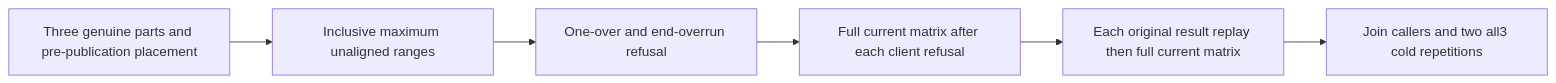
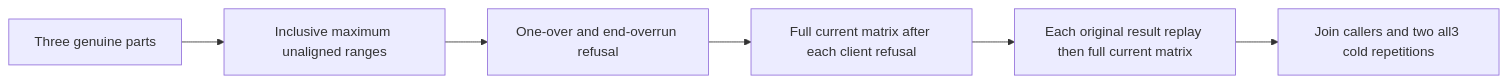
One commit to managedcode/KeyLoad changed the diagram in docs/Features/BlobStorage/MaximumUnalignedRange.md. Above: the diagram before and after it, drawn with Mermaid. The commit also changed other lines of this file and 7356 other files, not shown here.

````diff
--- a/docs/Features/BlobStorage/MaximumUnalignedRange.md
+++ b/docs/Features/BlobStorage/MaximumUnalignedRange.md
@@ -11,8 +11,8 @@
 ```mermaid
 flowchart LR
- A[Three genuine parts and pre-publication placement] --> B[Inclusive maximum unaligned ranges]
+ A[Three genuine parts] --> B[Inclusive maximum unaligned ranges]
  B --> C[One-over and end-overrun refusal]
  C --> D[Full current matrix after each client refusal]
  D --> E[Each original result replay then full current matrix]
  E --> F[Join callers and two all3 cold repetitions]
 ```
````
